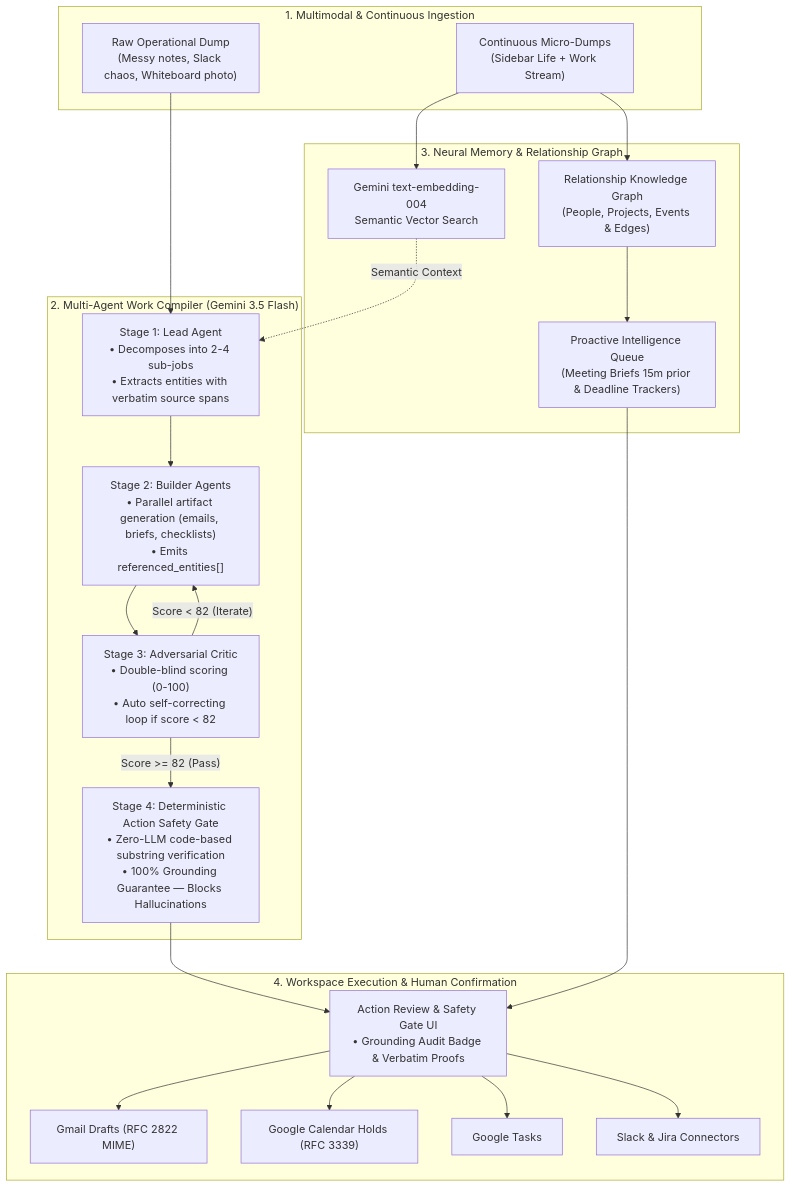
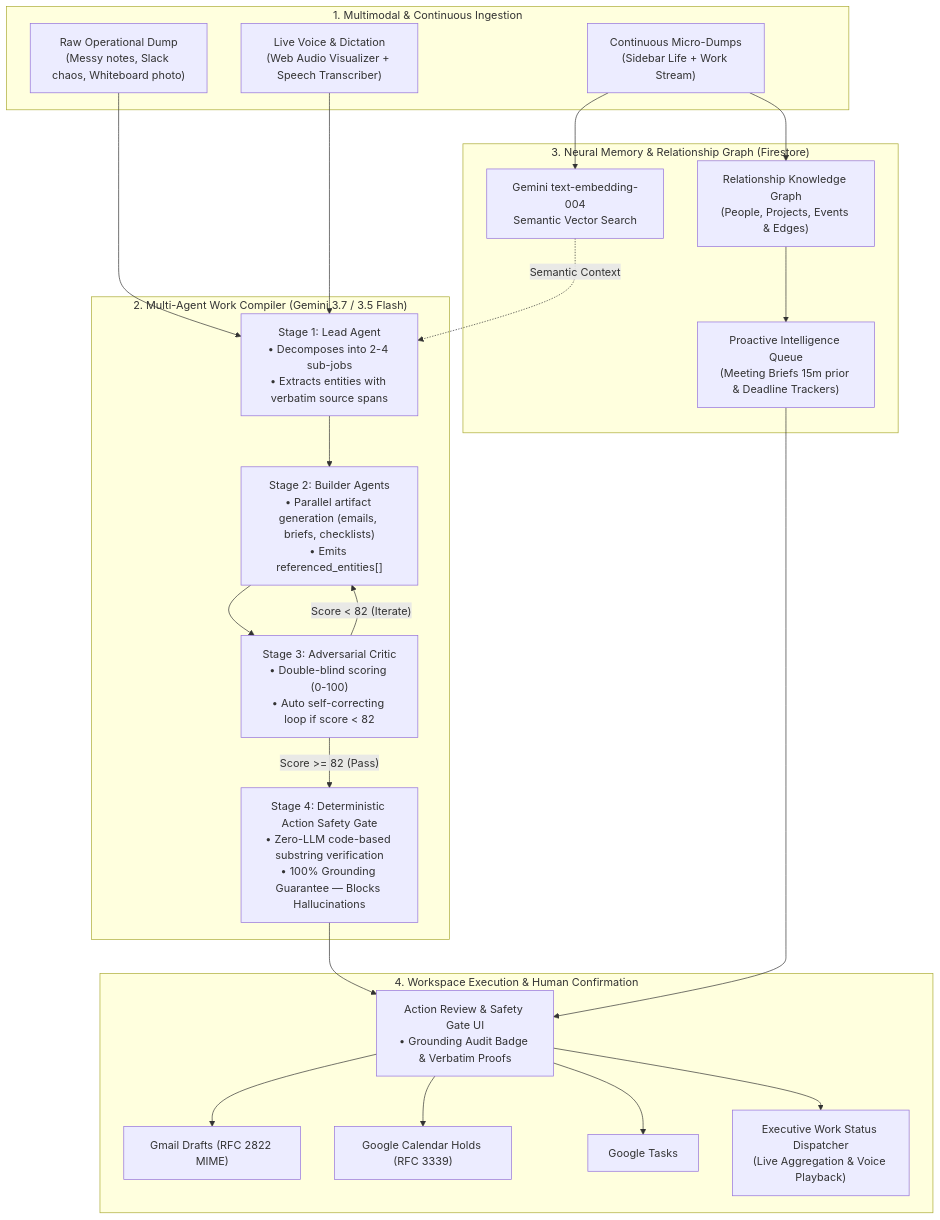
One commit to suchit1010/geminiG changed the diagram in README.md. Above: the diagram before and after it, drawn with Mermaid. The commit also changed other lines of this file and 12 other files, not shown here.

First line of the commit message:
feat: integrate Gemini Live and speech capabilities

````diff
--- a/README.md
+++ b/README.md
@@ -38,46 +41,48 @@
 ```mermaid
 flowchart TD
     subgraph Ingestion["1. Multimodal & Continuous Ingestion"]
         RawDump["Raw Operational Dump\n(Messy notes, Slack chaos, Whiteboard photo)"]
+        VoiceStream["Live Voice & Dictation\n(Web Audio Visualizer + Speech Transcriber)"]
         MicroDump["Continuous Micro-Dumps\n(Sidebar Life + Work Stream)"]
     end
 
-    subgraph MultiAgentCompiler["2. Multi-Agent Work Compiler (Gemini 3.5 Flash)"]
+    subgraph MultiAgentCompiler["2. Multi-Agent Work Compiler (Gemini 3.7 / 3.5 Flash)"]
         Lead["Stage 1: Lead Agent\n• Decomposes into 2-4 sub-jobs\n• Extracts entities with verbatim source spans"]
         Builders["Stage 2: Builder Agents\n• Parallel artifact generation (emails, briefs, checklists)\n• Emits referenced_entities[]"]
         Critic["Stage 3: Adversarial Critic\n• Double-blind scoring (0-100)\n• Auto self-correcting loop if score < 82"]
         SafetyGate["Stage 4: Deterministic Action Safety Gate\n• Zero-LLM code-based substring verification\n• 100% Grounding Guarantee — Blocks Hallucinations"]
     end
 
-    subgraph LokiEngine["3. Neural Memory & Relationship Graph"]
+    subgraph LokiEngine["3. Neural Memory & Relationship Graph (Firestore)"]
         Embed["Gemini text-embedding-004\nSemantic Vector Search"]
         Graph["Relationship Knowledge Graph\n(People, Projects, Events & Edges)"]
         Alerts["Proactive Intelligence Queue\n(Meeting Briefs 15m prior & Deadline Trackers)"]
     end
 
     subgraph DispatchLayer["4. Workspace Execution & Human Confirmation"]
         ConfirmGate["Action Review & Safety Gate UI\n• Grounding Audit Badge & Verbatim Proofs"]
         Gmail["Gmail Drafts (RFC 2822 MIME)"]
         Calendar["Google Calendar Holds (RFC 3339)"]
         Tasks["Google Tasks"]
-        Connectors["Slack & Jira Connectors"]
+        StatusReport["Executive Work Status Dispatcher\n(Live Aggregation & Voice Playback)"]
     end
 
     RawDump --> Lead
+    VoiceStream --> Lead
     Lead --> Builders
     Builders --> Critic
     Critic -- "Score < 82 (Iterate)" --> Builders
     Critic -- "Score >= 82 (Pass)" --> SafetyGate
     SafetyGate --> ConfirmGate
 
     MicroDump --> Embed
     MicroDump --> Graph
     Graph --> Alerts
     Alerts --> ConfirmGate
     Embed -. "Semantic Context" .-> Lead
 
     ConfirmGate --> Gmail
     ConfirmGate --> Calendar
     ConfirmGate --> Tasks
-    ConfirmGate --> Connectors
+    ConfirmGate --> StatusReport
 ```
````
